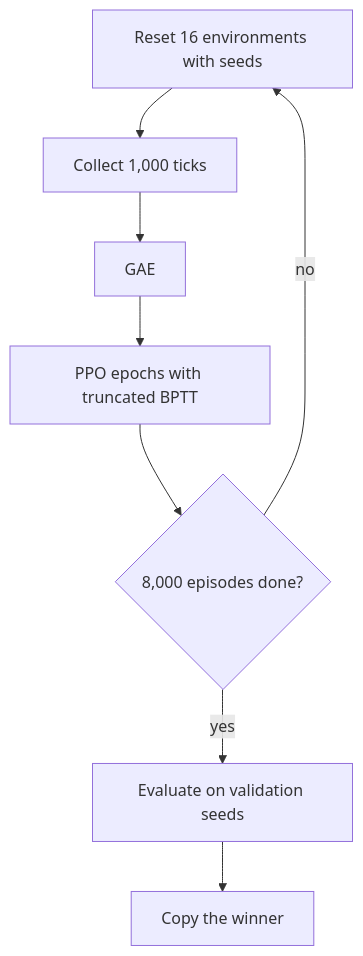
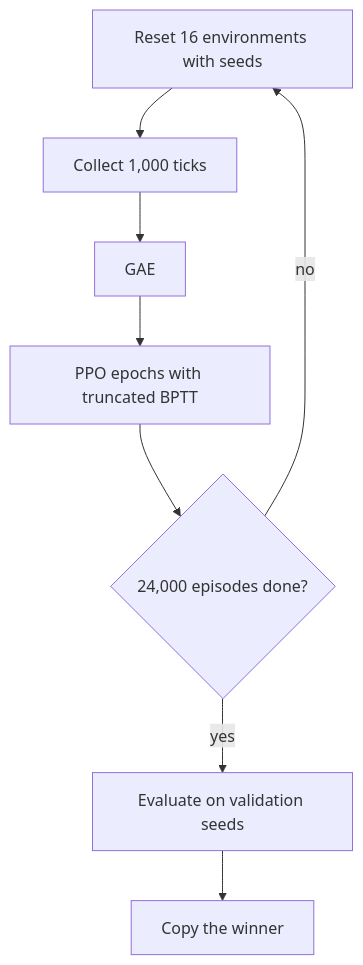
The third of 3 diagrams in README.md (AnishDikxit/async-deep-hedging), drawn with Mermaid before and after one commit. The commit also changed other lines of this file and 2 other files, not shown here.

Commit message:
Set total_episodes to 24,000 for each core
Pilot 4A, the only setting that passed the pilot criterion, used 24,000
episodes. No setting passed at 8,000 episodes.

Claude-Session: https://claude.ai/code/session_012Csp34P7W5nFHzw2qFSCYW

````diff
--- a/README.md
+++ b/README.md
@@ -299,10 +299,10 @@
 ```mermaid
 flowchart TD
     A["Reset 16 environments with seeds"] --> B["Collect 1,000 ticks"]
     B --> C[GAE]
     C --> D["PPO epochs with truncated BPTT"]
-    D --> E{"8,000 episodes done?"}
+    D --> E{"24,000 episodes done?"}
     E -- no --> A
     E -- yes --> F["Evaluate on validation seeds"]
     F --> G["Copy the winner"]
 ```
````
